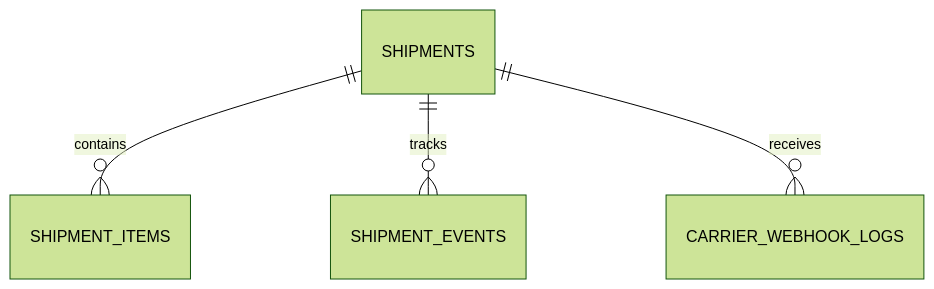
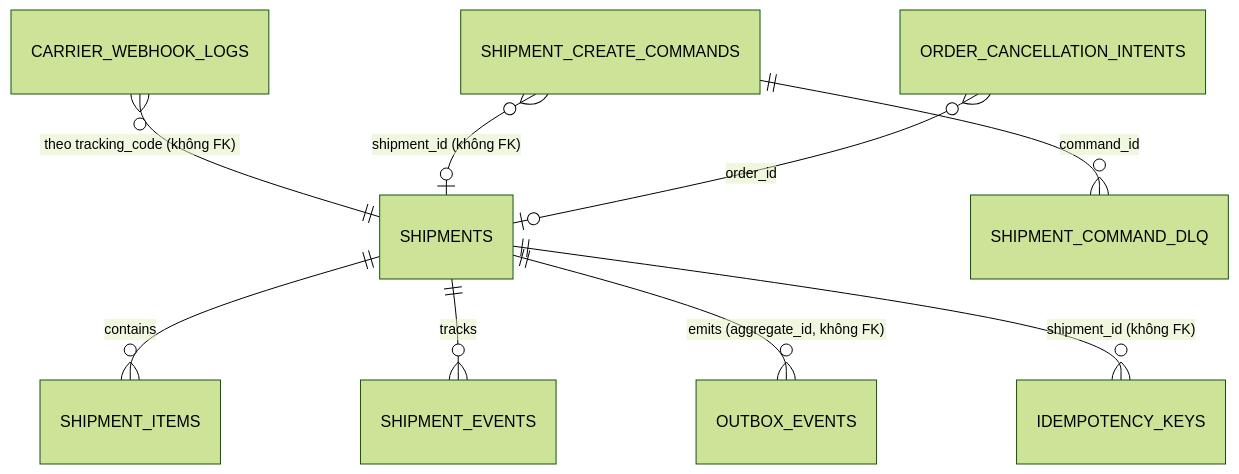
Before and after one commit to ecommerce-taca/docs: the diagram in shipment-docs/docs/db/shipment.md, drawn with Mermaid (forest theme). The commit also changed other lines of this file and 2 other files, not shown here.

First line of the commit message:
docs: add shared doc template; align shipment api/db docs with code

````diff
--- a/shipment-docs/docs/db/shipment.md
+++ b/shipment-docs/docs/db/shipment.md
@@ -19,6 +21,11 @@
 ```mermaid
 erDiagram
     SHIPMENTS ||--o{ SHIPMENT_ITEMS : contains
     SHIPMENTS ||--o{ SHIPMENT_EVENTS : tracks
-    SHIPMENTS ||--o{ CARRIER_WEBHOOK_LOGS : receives
+    SHIPMENTS ||--o{ OUTBOX_EVENTS : "emits (aggregate_id, không FK)"
+    SHIPMENTS ||--o{ IDEMPOTENCY_KEYS : "shipment_id (không FK)"
+    CARRIER_WEBHOOK_LOGS }o--|| SHIPMENTS : "theo tracking_code (không FK)"
+    SHIPMENT_CREATE_COMMANDS }o--o| SHIPMENTS : "shipment_id (không FK)"
+    SHIPMENT_CREATE_COMMANDS ||--o{ SHIPMENT_COMMAND_DLQ : "command_id"
+    ORDER_CANCELLATION_INTENTS }o--o| SHIPMENTS : "order_id"
 ```
````
